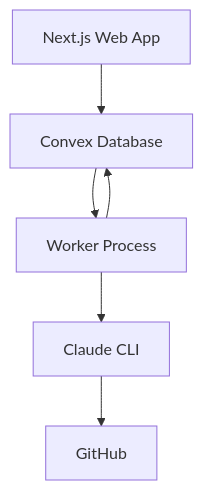
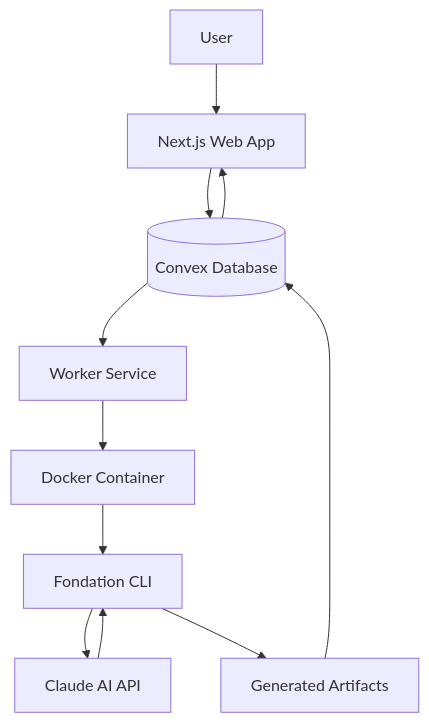
One commit to Salwen92/fondation-web-app changed the diagram in fondation/docs/ARCHITECTURE.md. Above: the diagram before and after it, drawn with Mermaid. The commit also changed other lines of this file and 10 other files, not shown here.

````diff
--- a/fondation/docs/ARCHITECTURE.md
+++ b/fondation/docs/ARCHITECTURE.md
@@ -7,8 +7,13 @@
 ```mermaid
-graph TD
-    A[Next.js Web App] --> B[Convex Database]
-    B --> C[Worker Process]
-    C --> D[Claude CLI]
-    D --> E[GitHub]
-    C --> B
+graph TB
+    User[User] --> Web[Next.js Web App]
+    Web --> Convex[(Convex Database)]
+    Convex --> Worker[Worker Service]
+    Worker --> Docker[Docker Container]
+    Docker --> CLI[Fondation CLI]
+    CLI --> Claude[Claude AI API]
+    Claude --> CLI
+    CLI --> Artifacts[Generated Artifacts]
+    Artifacts --> Convex
+    Convex --> Web
 ```
````
